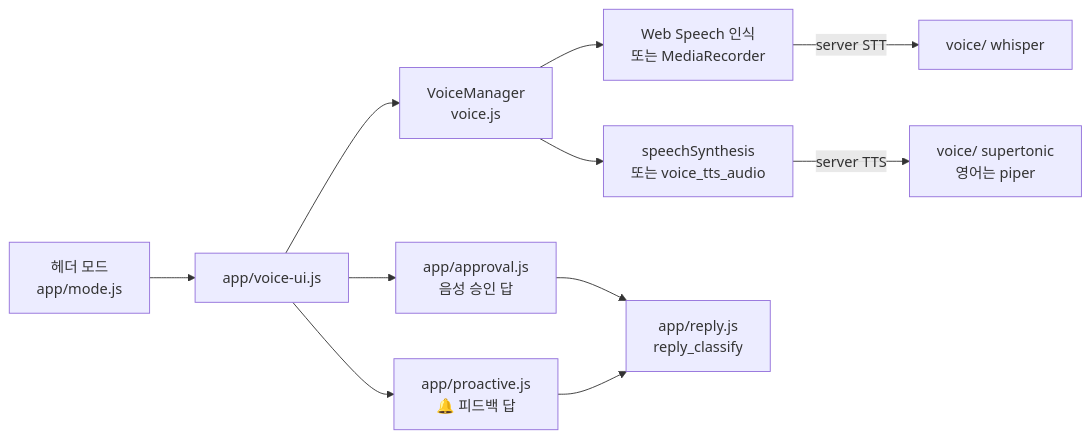
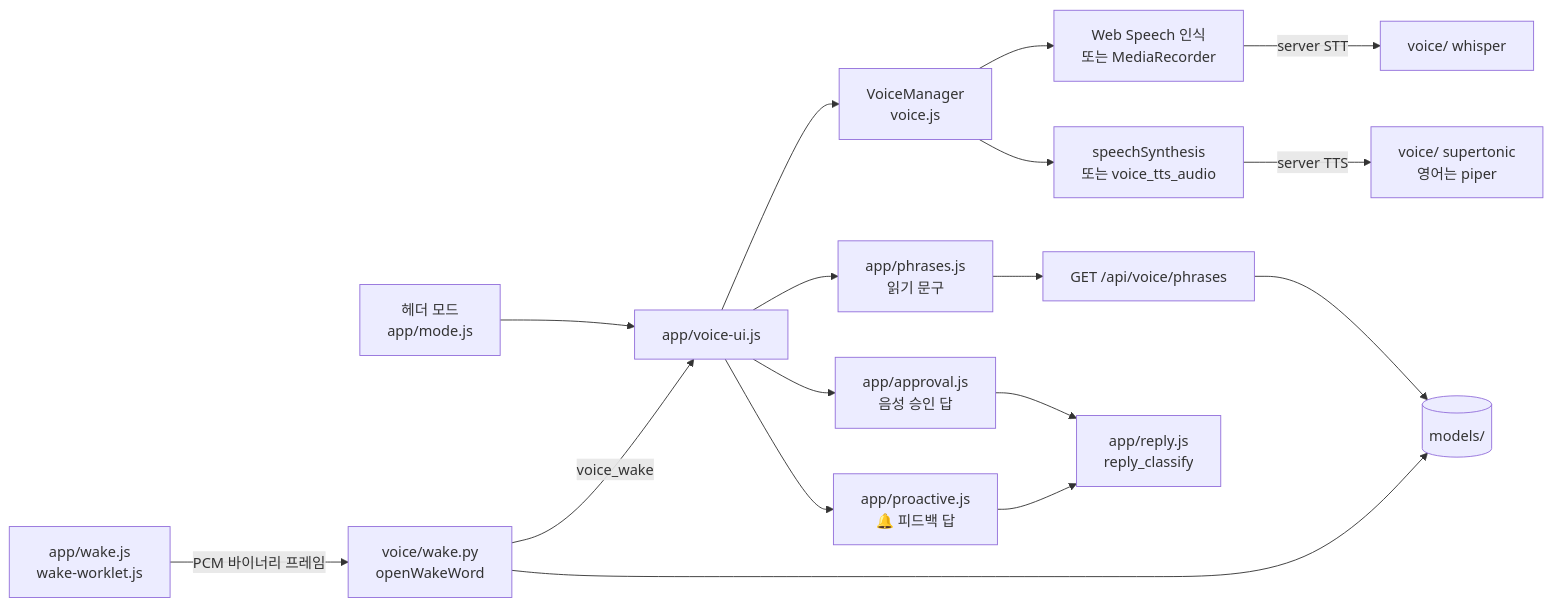
Before and after one commit to ash-hun/jarvis-agent: the fourth of 4 diagrams in website/docs/concepts/conversation/voice.md, drawn with Mermaid. The commit also changed other lines of this file and 32 other files, not shown here.

````diff
--- a/website/docs/concepts/conversation/voice.md
+++ b/website/docs/concepts/conversation/voice.md
@@ -190,13 +254,18 @@
 ```mermaid
 flowchart LR
   MODE[헤더 모드<br/>app/mode.js] --> VUI[app/voice-ui.js]
   VUI --> VM[VoiceManager<br/>voice.js]
   VM --> SR[Web Speech 인식<br/>또는 MediaRecorder]
   VM --> TTS[speechSynthesis<br/>또는 voice_tts_audio]
   SR -->|server STT| STT[voice/ whisper]
   TTS -->|server TTS| SUP[voice/ supertonic<br/>영어는 piper]
   VUI --> APR[app/approval.js<br/>음성 승인 답]
   VUI --> PRO[app/proactive.js<br/>🔔 피드백 답]
+  VUI --> PHR[app/phrases.js<br/>읽기 문구] --> PAPI[GET /api/voice/phrases]
+  WAKE[app/wake.js<br/>wake-worklet.js] -->|PCM 바이너리 프레임| WD[voice/wake.py<br/>openWakeWord]
+  WD -->|voice_wake| VUI
+  PAPI --> MD[(models/)]
+  WD --> MD
   APR --> RPL[app/reply.js<br/>reply_classify]
   PRO --> RPL
 ```
````
